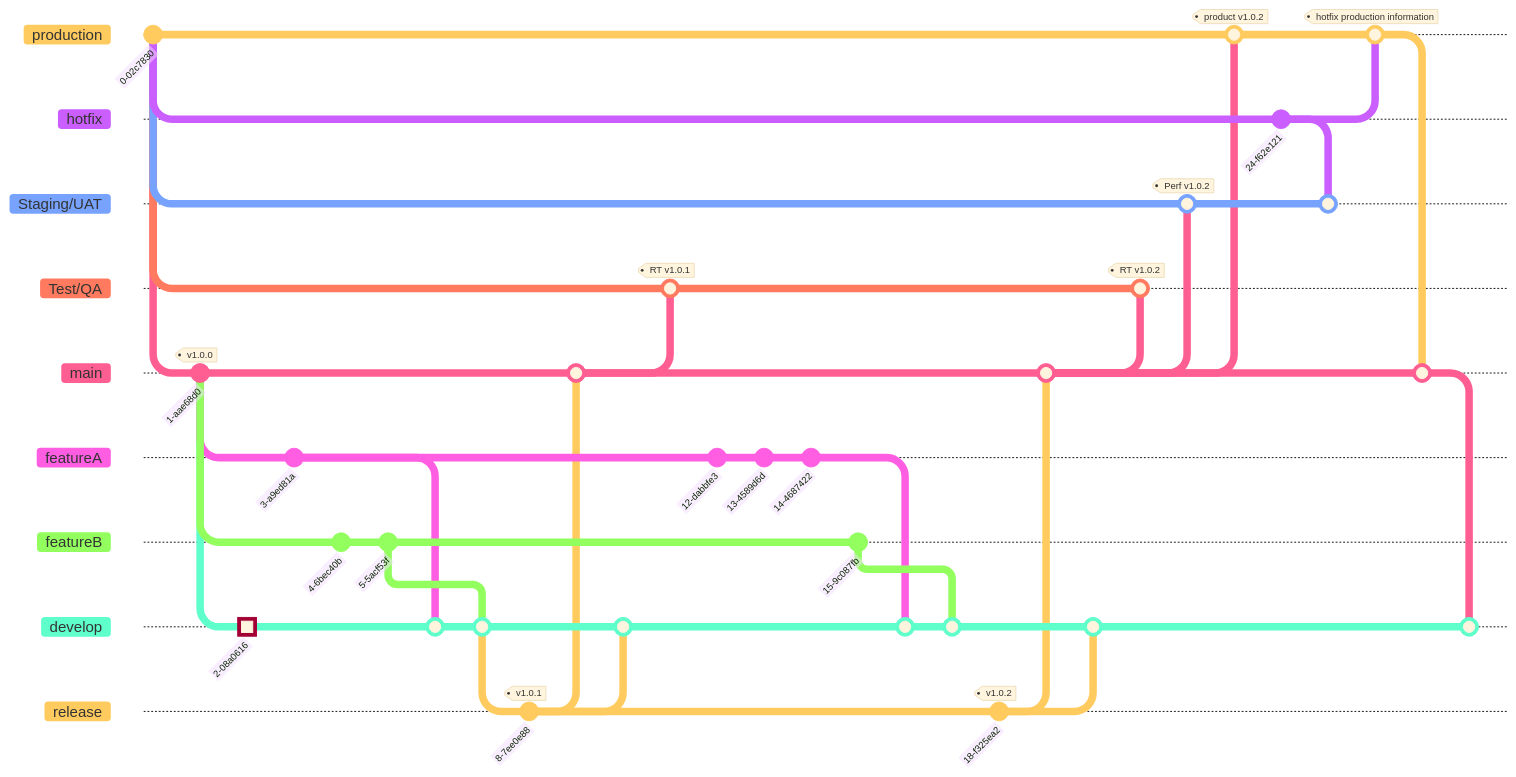
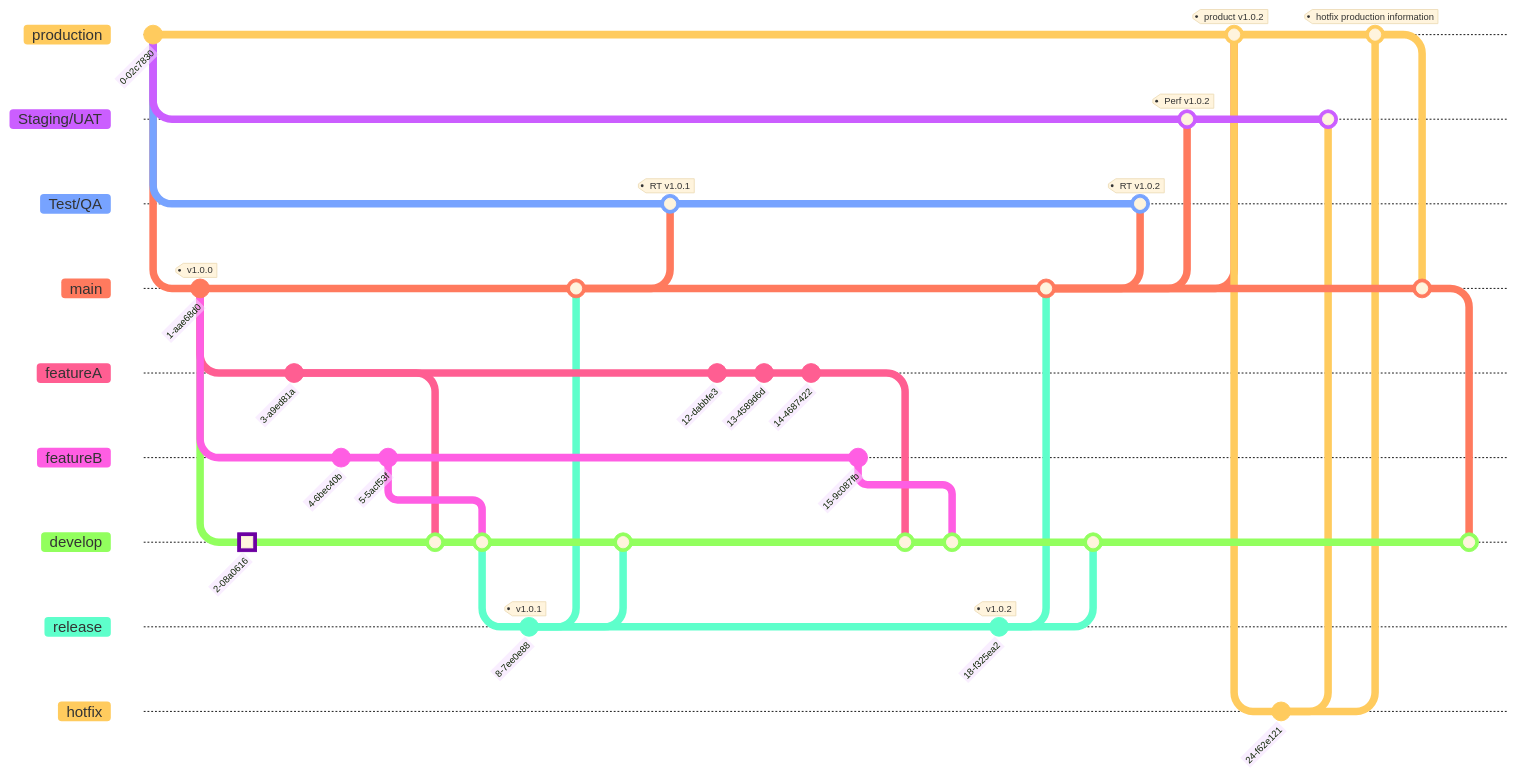
Before and after one commit to Duc-Developer/development-diagrams: the diagram in gitflow/README.md, drawn with Mermaid. Commit ids are hidden.

Commit message:
change position hotfix

````diff
--- a/gitflow/README.md
+++ b/gitflow/README.md
@@ -26,64 +26,65 @@
 ```mermaid
 %%{init: { 'logLevel': 'debug', 'theme': 'base', 'gitGraph': {'showBranches': true, 'showCommitLabel':true,'mainBranchName': 'production'}} }%%
       gitGraph
         commit
-        branch hotfix
         branch Staging/UAT
         branch Test/QA
         branch main
         checkout main
         commit tag:"v1.0.0"
         branch featureA
         branch featureB
         branch develop
         checkout develop
         commit type: HIGHLIGHT
         checkout featureA
         commit
         checkout featureB
         commit
         commit
         checkout develop
         merge featureA
         merge featureB
         branch release
         checkout release
         commit tag:"v1.0.1"
         checkout main
         merge release
         checkout develop
         merge release
         checkout Test/QA
         merge main tag:"RT v1.0.1"
         checkout featureA
         commit
         commit
         commit
         checkout featureB
         commit
         checkout develop
         merge featureA
         merge featureB
         checkout release
         commit tag:"v1.0.2"
         checkout main
         merge release
         checkout develop
         merge release
         checkout Test/QA
         merge main tag:"RT v1.0.2"
         checkout Staging/UAT
         merge main tag:"Perf v1.0.2"
         checkout production
         merge main tag:"product v1.0.2"
+        checkout production
+        branch hotfix
         checkout hotfix
         commit
         checkout Staging/UAT
         merge hotfix
         checkout production
         merge hotfix tag:"hotfix production information"
         checkout main
         merge production
         checkout develop
         merge main
 ```
````
